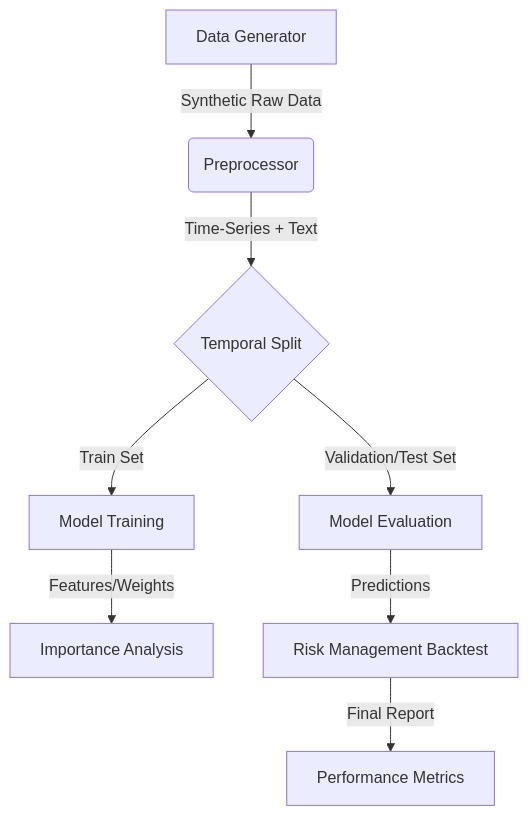
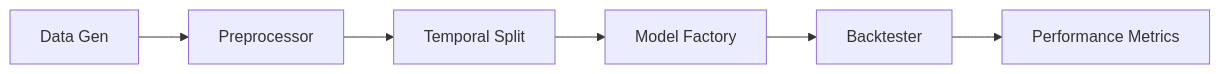
Before and after one commit to iruma-kun/finana: the diagram in README.md, drawn with Mermaid. The commit also changed other lines of this file and 11 other files, not shown here.

````diff
--- a/README.md
+++ b/README.md
@@ -9,10 +38,8 @@
 ```mermaid
-graph TD
-    A[Data Generator] -->|Synthetic Raw Data| B(Preprocessor)
-    B -->|Time-Series + Text| C{Temporal Split}
-    C -->|Train Set| D[Model Training]
-    C -->|Validation/Test Set| E[Model Evaluation]
-    D -->|Features/Weights| F[Importance Analysis]
-    E -->|Predictions| G[Risk Management Backtest]
-    G -->|Final Report| H[Performance Metrics]
+graph LR
+    A[Data Gen] --> B[Preprocessor]
+    B --> C[Temporal Split]
+    C --> D[Model Factory]
+    D --> E[Backtester]
+    E --> F[Performance Metrics]
 ```
````
